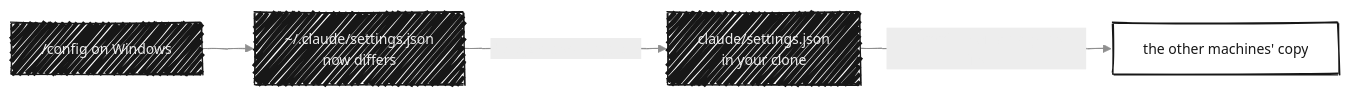
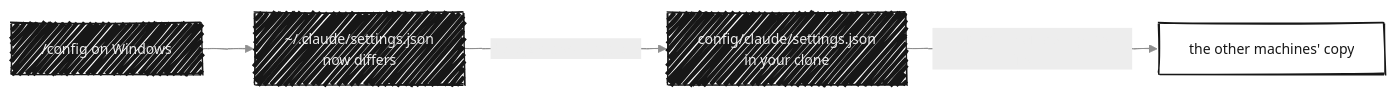
Before and after one commit to dotagents-org/dotagents-core: the diagram in docs/global-configuration.md, drawn with Mermaid. The commit also changed other lines of this file and 50 other files, not shown here.

Commit message:
♻️ refactor!: move the personal configuration into config/, overridable with DOTAGENTS_CONFIG

````diff
--- a/docs/global-configuration.md
+++ b/docs/global-configuration.md
@@ -19,8 +21,8 @@
 ```mermaid
 %%{init: {"look": "handDrawn", "handDrawnSeed": 3, "theme": "base", "themeVariables": {"fontFamily": "Geist Mono, ui-monospace, SFMono-Regular, Menlo, Consolas, monospace", "fontSize": "14px", "primaryColor": "#171717", "primaryTextColor": "#ededed", "primaryBorderColor": "#171717", "lineColor": "#8f8f8f", "textColor": "#171717", "edgeLabelBackground": "#ededed", "clusterBkg": "transparent", "clusterBorder": "#8f8f8f", "titleColor": "#808080"}}}%%
 flowchart LR
     config["/config on Windows"] --> copy["~/.claude/settings.json<br/>now differs"]
-    copy -- "dotagents settings pull" --> repo["claude/settings.json<br/>in your clone"]
+    copy -- "dotagents settings pull" --> repo["config/claude/settings.json<br/>in your clone"]
     repo -- "commit, then dotagents install" --> others["the other machines' copy"]:::result
     classDef result fill:#ffffff,stroke:#171717,stroke-width:1.5px,color:#171717
 ```
````
